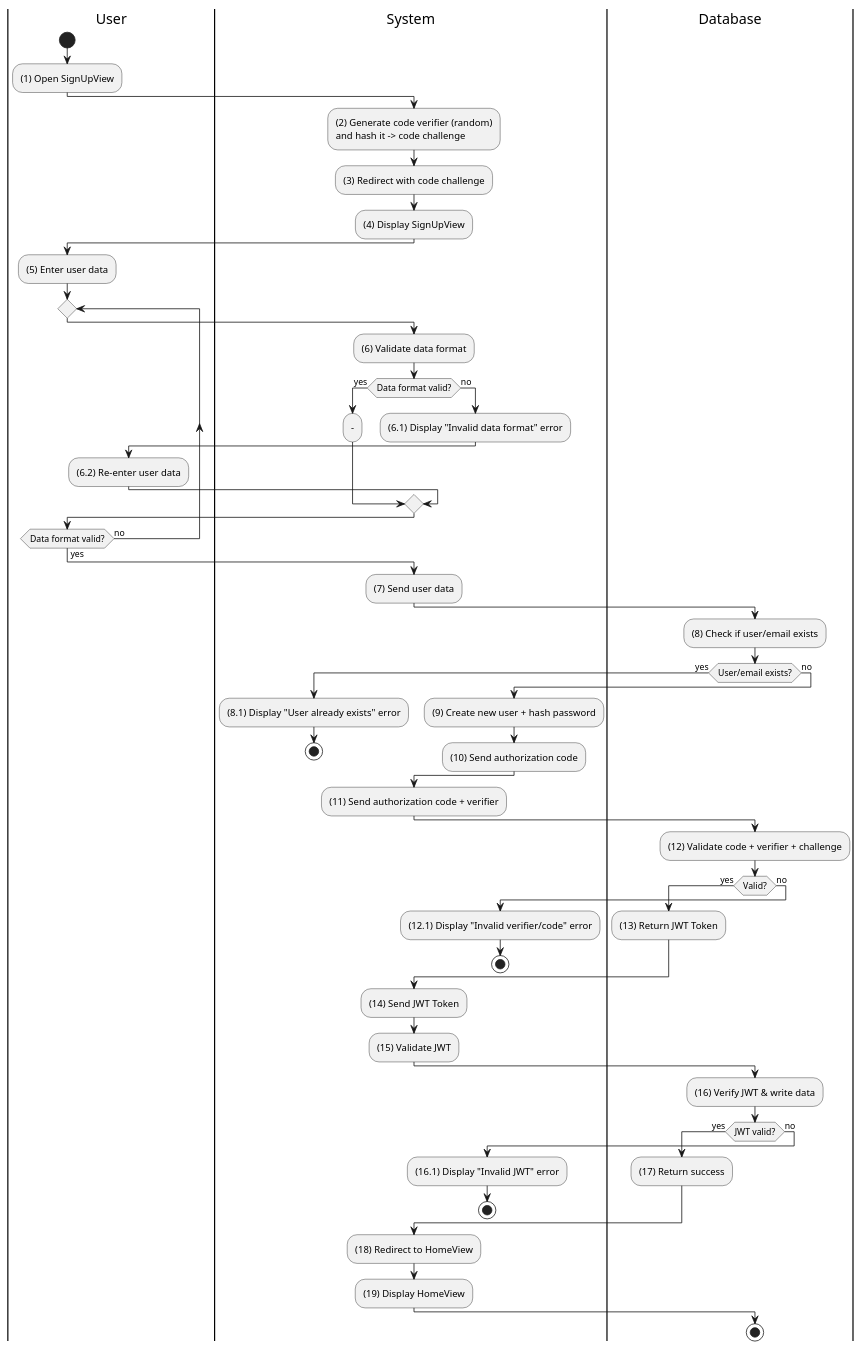
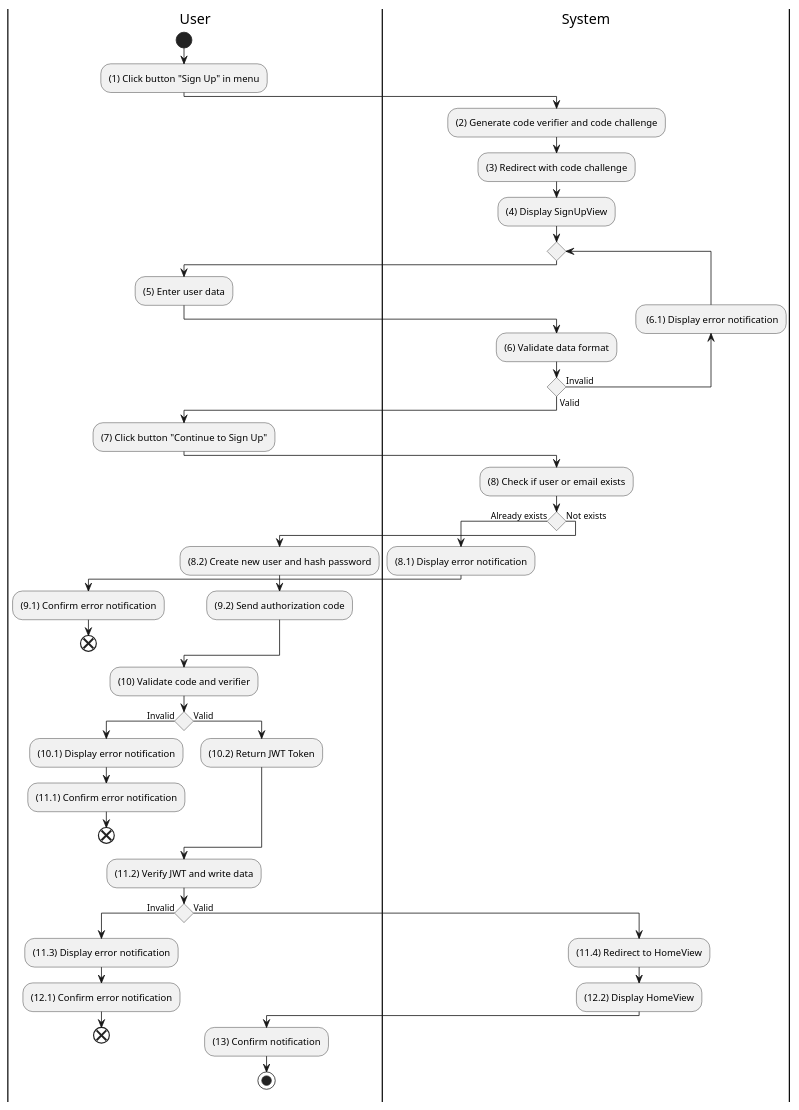
Before and after one commit to electricilies/electricilies.github.io: the diagram in docs/software-docs/activity/manage-account/sign-up.md, drawn with PlantUML. The commit also changed 47 other files, not shown here.

````diff
--- a/docs/software-docs/activity/manage-account/sign-up.md
+++ b/docs/software-docs/activity/manage-account/sign-up.md
@@ -3,75 +3,57 @@
 ```plantuml
 @startuml
-|User|
+|U|User
+|S|System
+
+|U|
 start
-:(1) Open SignUpView;
-
-|System|
-:(2) Generate code verifier (random)\nand hash it -> code challenge;
+:(1) Click button "Sign Up" in menu;
+|S|
+:(2) Generate code verifier and code challenge;
 :(3) Redirect with code challenge;
 :(4) Display SignUpView;
-
-|User|
-:(5) Enter user data;
-
 repeat
-  |System|
+  |U|
+  :(5) Enter user data;
+  |S|
   :(6) Validate data format;
-  if (Data format valid?) then (yes)
-    --
-  else (no)
-    :(6.1) Display "Invalid data format" error;
-    |User|
-    :(6.2) Re-enter user data;
-  endif
-repeat while (Data format valid?) is (no) not (yes)
-
-|System|
-:(7) Send user data;
-
-|Database|
-:(8) Check if user/email exists;
-if (User/email exists?) then (yes)
-  |System|
-  :(8.1) Display "User already exists" error;
-  stop
-else (no)
-  :(9) Create new user + hash password;
-  :(10) Send authorization code;
+backward: (6.1) Display error notification;
+repeat while () is (Invalid) not (Valid)
+|U|
+:(7) Click button "Continue to Sign Up";
+|S|
+:(8) Check if user or email exists;
+if () then (Already exists)
+  :(8.1) Display error notification;
+  |U|
+  :(9.1) Confirm error notification;
+  end
+else (Not exists)
+  :(8.2) Create new user and hash password;
+  :(9.2) Send authorization code;
 endif
-
-|System|
-:(11) Send authorization code + verifier;
-
-|Database|
-:(12) Validate code + verifier + challenge;
-if (Valid?) then (yes)
-  :(13) Return JWT Token;
-else (no)
-  |System|
-  :(12.1) Display "Invalid verifier/code" error;
+:(10) Validate code and verifier;
+if () then (Invalid)
+  :(10.1) Display error notification;
+  |U|
+  :(11.1) Confirm error notification;
+  end
+else (Valid)
+  :(10.2) Return JWT Token;
+endif
+:(11.2) Verify JWT and write data;
+if () then (Invalid)
+  :(11.3) Display error notification;
+  |U|
+  :(12.1) Confirm error notification;
+  end
+else (Valid)
+  |S|
+  :(11.4) Redirect to HomeView;
+  :(12.2) Display HomeView;
+  |U|
+  :(13) Confirm notification;
   stop
 endif
-
-|System|
-:(14) Send JWT Token;
-:(15) Validate JWT;
-
-|Database|
-:(16) Verify JWT & write data;
-if (JWT valid?) then (yes)
-  :(17) Return success;
-else (no)
-  |System|
-  :(16.1) Display "Invalid JWT" error;
-  stop
-endif
-
-|System|
-:(18) Redirect to HomeView;
-:(19) Display HomeView;
-
-|Database|
-stop
 @enduml
 ```
````
